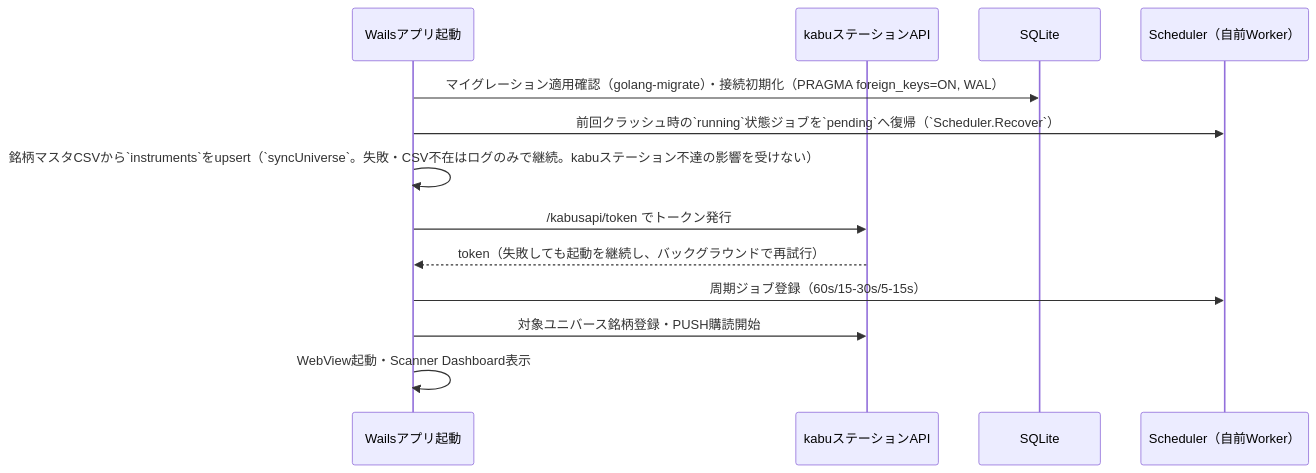
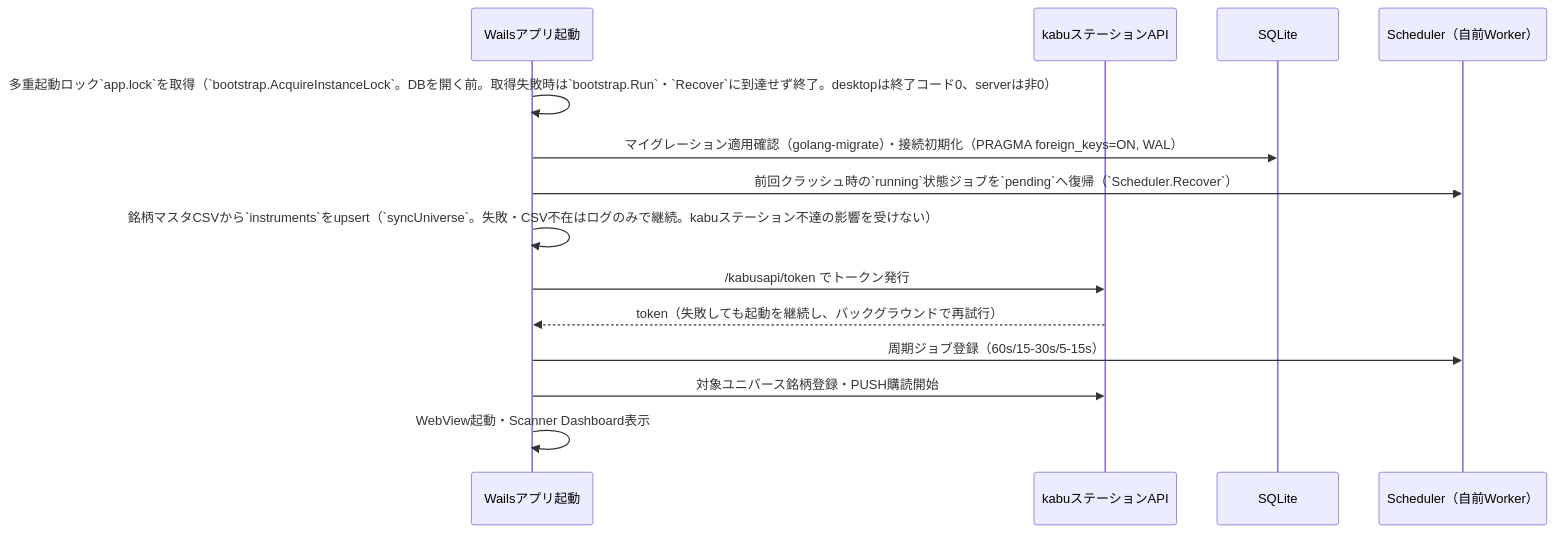
The first of 5 diagrams in docs/architecture/overview/flows.md (ousiassllc/pitha-trador), drawn with Mermaid before and after one commit. The commit also changed 5 other files, not shown here.

````diff
--- a/docs/architecture/overview/flows.md
+++ b/docs/architecture/overview/flows.md
@@ -9,16 +9,17 @@
 ```mermaid
 sequenceDiagram
     participant App as Wailsアプリ起動
     participant KABU as kabuステーションAPI
     participant DB as SQLite
     participant SCHED as Scheduler（自前Worker）
 
+    App->>App: 多重起動ロック`app.lock`を取得（`bootstrap.AcquireInstanceLock`。DBを開く前。取得失敗時は`bootstrap.Run`・`Recover`に到達せず終了。desktopは終了コード0、serverは非0）
     App->>DB: マイグレーション適用確認（golang-migrate）・接続初期化（PRAGMA foreign_keys=ON, WAL）
     App->>SCHED: 前回クラッシュ時の`running`状態ジョブを`pending`へ復帰（`Scheduler.Recover`）
     App->>App: 銘柄マスタCSVから`instruments`をupsert（`syncUniverse`。失敗・CSV不在はログのみで継続。kabuステーション不達の影響を受けない）
     App->>KABU: /kabusapi/token でトークン発行
     KABU-->>App: token（失敗しても起動を継続し、バックグラウンドで再試行）
     App->>SCHED: 周期ジョブ登録（60s/15-30s/5-15s）
     App->>KABU: 対象ユニバース銘柄登録・PUSH購読開始
     App->>App: WebView起動・Scanner Dashboard表示
 ```
````
